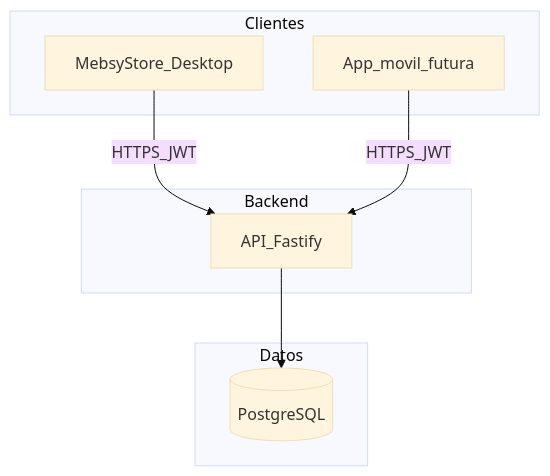
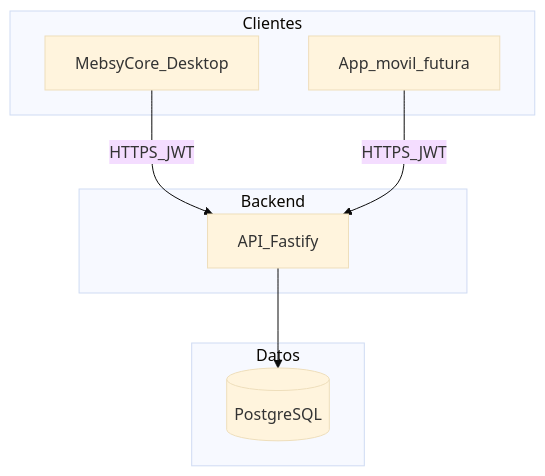
One commit to XanaxSSJ/sistemaerp changed the diagram in docs/ARQUITECTURA-API.md. Above: the diagram before and after it, drawn with Mermaid (base theme). The commit also changed other lines of this file and 17 other files, not shown here.

Commit message:
Rename product brand from MebsyStore to MebsyCore (appId com.mebsycore.erp).

````diff
--- a/docs/ARQUITECTURA-API.md
+++ b/docs/ARQUITECTURA-API.md
@@ -22,19 +22,19 @@
 ```mermaid
 flowchart TB
   subgraph clients [Clientes]
-    Desktop[MebsyStore_Desktop]
+    Desktop[MebsyCore_Desktop]
     Mobile[App_movil_futura]
   end
 
   subgraph edge [Backend]
     API[API_Fastify]
   end
 
   subgraph data [Datos]
     PG[(PostgreSQL)]
   end
 
   Desktop -->|"HTTPS_JWT"| API
   Mobile -->|"HTTPS_JWT"| API
   API --> PG
 ```
````
